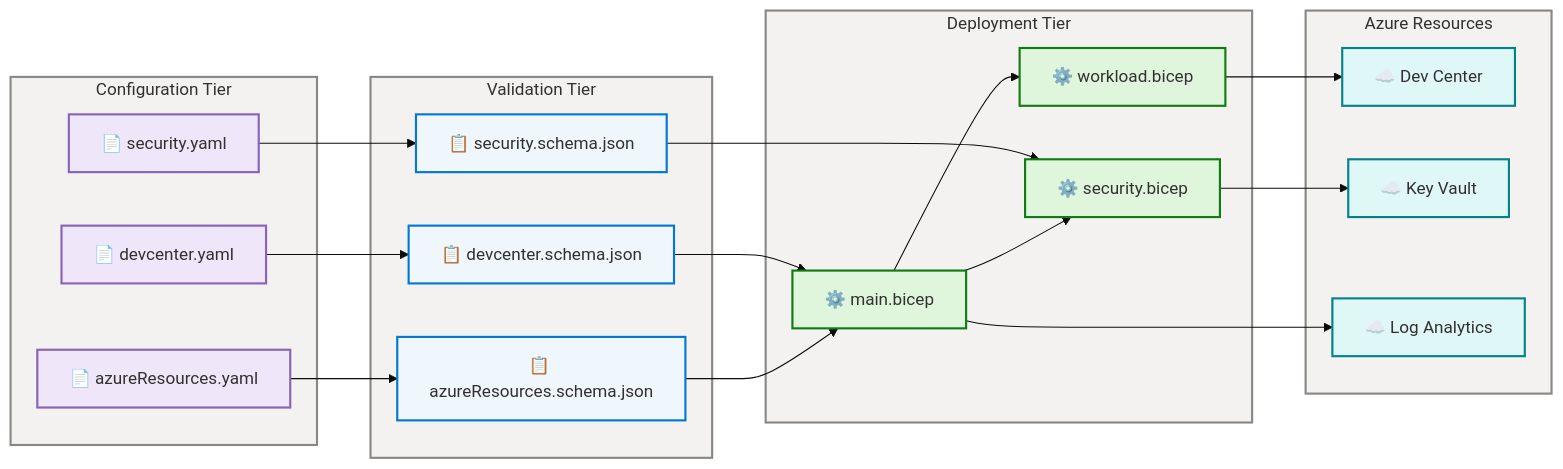
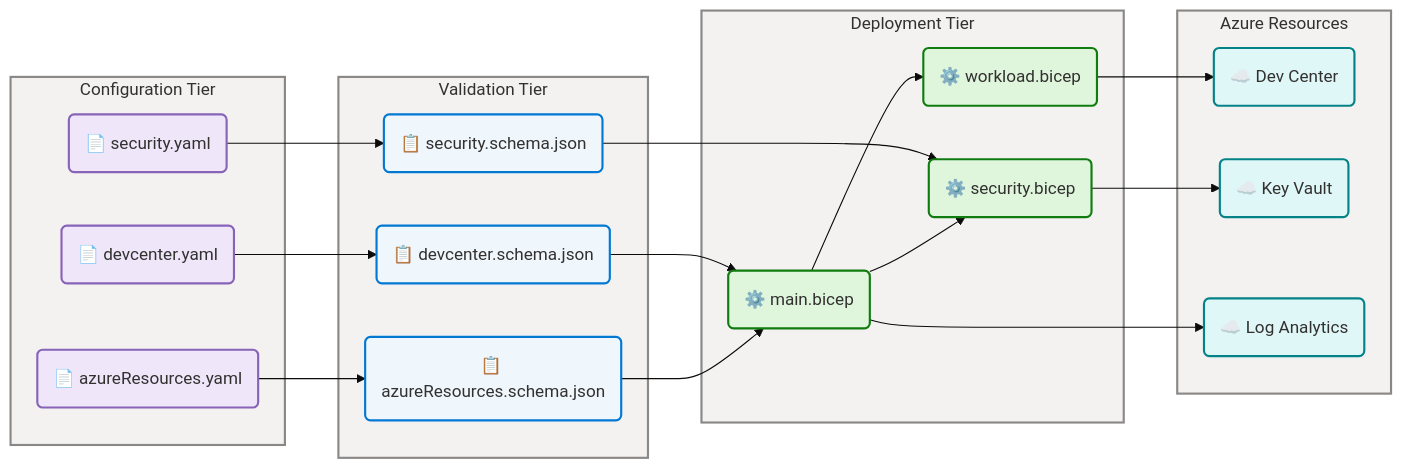
Before and after one commit to Evilazaro/DevExp-DevBox: the fifth of 14 diagrams in docs/architecture/data-architecture.md, drawn with Mermaid. The commit also changed other lines of this file, not shown here.

Commit message:
feat: refactor class definitions in data architecture diagrams for consistency

````diff
--- a/docs/architecture/data-architecture.md
+++ b/docs/architecture/data-architecture.md
@@ -582,69 +582,69 @@
 ```mermaid
 ---
 config:
   theme: base
   look: classic
   layout: dagre
   themeVariables:
     fontSize: "16px"
 ---
 flowchart LR
     accTitle: Data Architecture Baseline - Configuration Pipeline
     accDescr: Shows the three-tier configuration pipeline from YAML authoring through schema validation to Azure resource deployment
 
     %% ═══════════════════════════════════════════════════════════════════════════
     %% AZURE / FLUENT ARCHITECTURE PATTERN v1.1
     %% (Semantic + Structural + Font + Accessibility Governance)
     %% ═══════════════════════════════════════════════════════════════════════════
     %% PHASE 1 - FLUENT UI: All styling uses approved Fluent UI palette only
     %% PHASE 2 - GROUPS: Every subgraph has semantic color via style directive
     %% PHASE 3 - COMPONENTS: Every node has semantic classDef + icon prefix
     %% PHASE 4 - ACCESSIBILITY: accTitle/accDescr present, WCAG AA contrast
     %% PHASE 5 - STANDARD: Governance block present, classDefs centralized
     %% ═══════════════════════════════════════════════════════════════════════════
 
-    classDef core fill:#EFF6FC,stroke:#0078D4,stroke-width:2px,color:#323130
-    classDef data fill:#F0E6FA,stroke:#8764B8,stroke-width:2px,color:#323130
-    classDef success fill:#DFF6DD,stroke:#107C10,stroke-width:2px,color:#323130
-    classDef external fill:#E0F7F7,stroke:#038387,stroke-width:2px,color:#323130
-
     subgraph ConfigTier["Configuration Tier"]
-        Y1["📄 devcenter.yaml"]:::data
-        Y2["📄 security.yaml"]:::data
-        Y3["📄 azureResources.yaml"]:::data
+        Y1("📄 devcenter.yaml"):::data
+        Y2("📄 security.yaml"):::data
+        Y3("📄 azureResources.yaml"):::data
     end
     style ConfigTier fill:#F3F2F1,stroke:#8A8886,stroke-width:2px,color:#323130
 
     subgraph ValidationTier["Validation Tier"]
-        S1["📋 devcenter.schema.json"]:::core
-        S2["📋 security.schema.json"]:::core
-        S3["📋 azureResources.schema.json"]:::core
+        S1("📋 devcenter.schema.json"):::core
+        S2("📋 security.schema.json"):::core
+        S3("📋 azureResources.schema.json"):::core
     end
     style ValidationTier fill:#F3F2F1,stroke:#8A8886,stroke-width:2px,color:#323130
 
     subgraph DeploymentTier["Deployment Tier"]
-        B1["⚙️ main.bicep"]:::success
-        B2["⚙️ workload.bicep"]:::success
-        B3["⚙️ security.bicep"]:::success
+        B1("⚙️ main.bicep"):::success
+        B2("⚙️ workload.bicep"):::success
+        B3("⚙️ security.bicep"):::success
     end
     style DeploymentTier fill:#F3F2F1,stroke:#8A8886,stroke-width:2px,color:#323130
 
     subgraph AzureResources["Azure Resources"]
-        A1["☁️ Dev Center"]:::external
-        A2["☁️ Key Vault"]:::external
-        A3["☁️ Log Analytics"]:::external
+        A1("☁️ Dev Center"):::external
+        A2("☁️ Key Vault"):::external
+        A3("☁️ Log Analytics"):::external
     end
     style AzureResources fill:#F3F2F1,stroke:#8A8886,stroke-width:2px,color:#323130
 
     Y1 --> S1
     Y2 --> S2
     Y3 --> S3
     S1 --> B1
     S2 --> B3
     S3 --> B1
     B1 --> B2
     B1 --> B3
     B2 --> A1
     B3 --> A2
     B1 --> A3
+
+    classDef core fill:#EFF6FC,stroke:#0078D4,stroke-width:2px,color:#323130
+    classDef data fill:#F0E6FA,stroke:#8764B8,stroke-width:2px,color:#323130
+    classDef success fill:#DFF6DD,stroke:#107C10,stroke-width:2px,color:#323130
+    classDef external fill:#E0F7F7,stroke:#038387,stroke-width:2px,color:#323130
 ```
````
